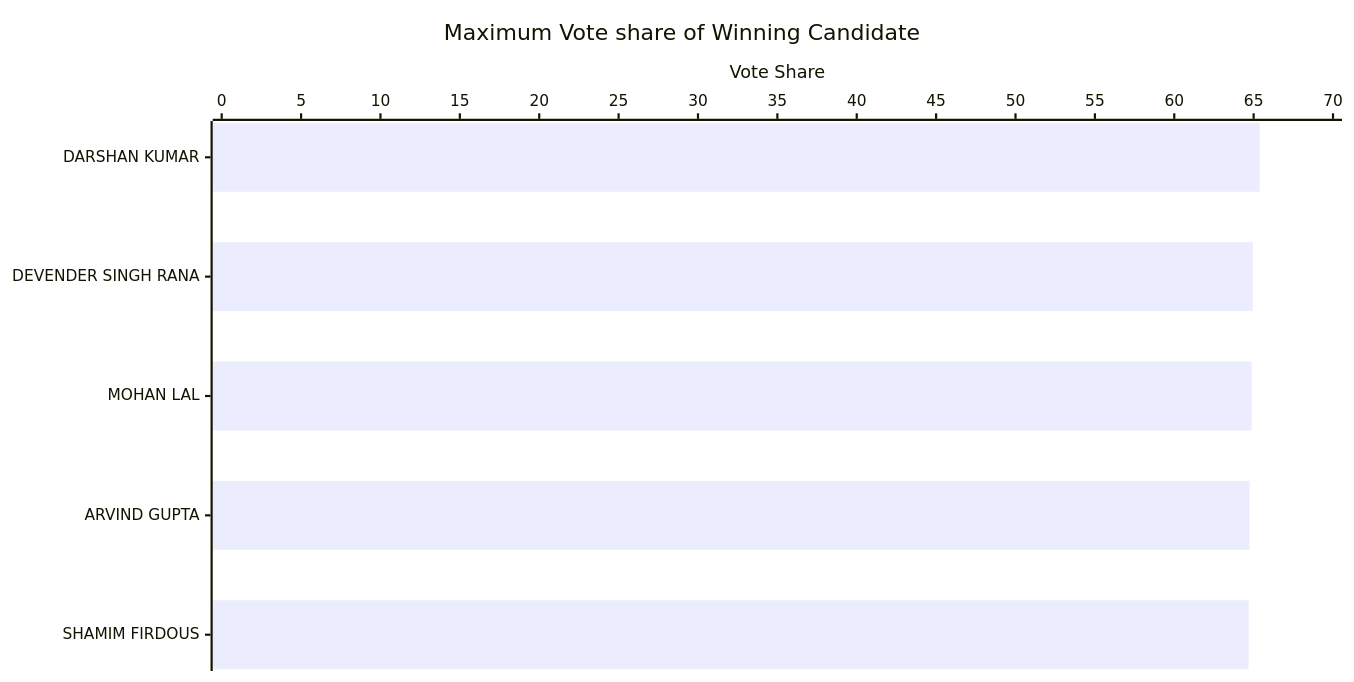
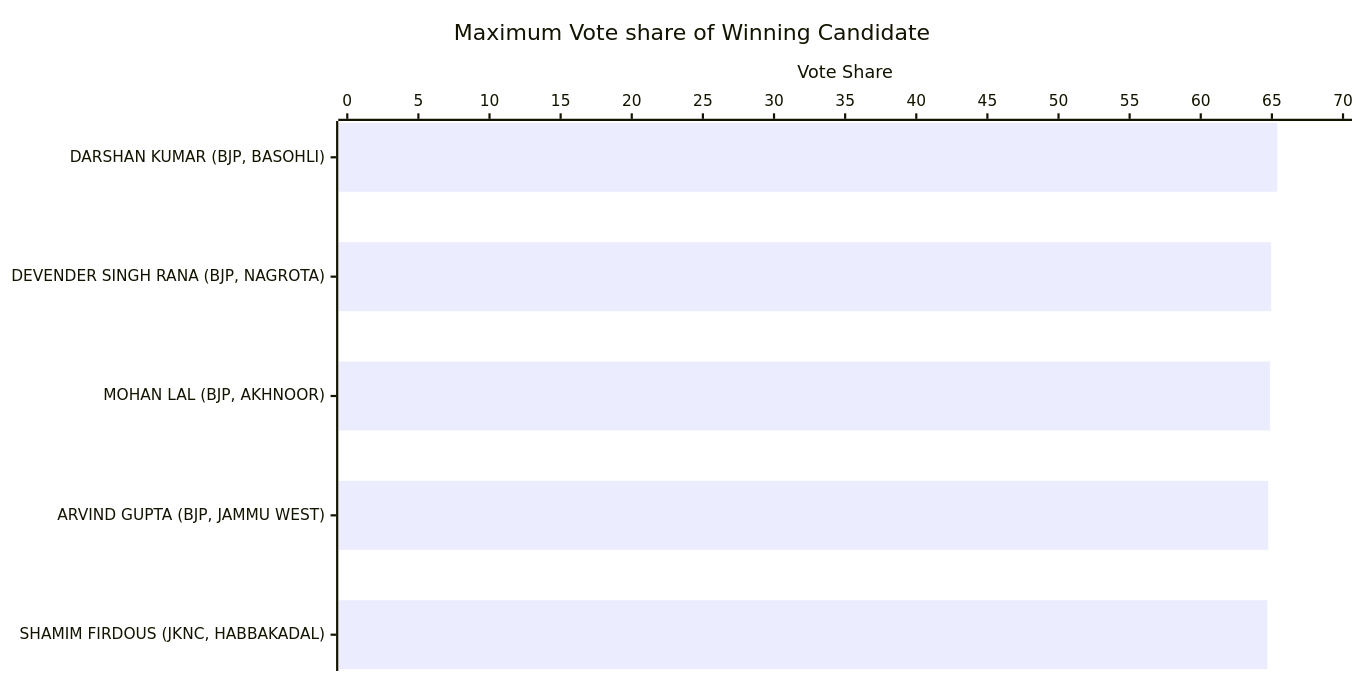
One commit to arjunswaj/elections changed diagram 12 of 19 in J&K-GRAPH.md. Above: the diagram before and after it, drawn with Mermaid. The commit also changed other lines of this file, not shown here.

Commit message:
Update the graph titles

````diff
--- a/J&K-GRAPH.md
+++ b/J&K-GRAPH.md
@@ -242,14 +242,14 @@
 ```mermaid
 ---
 config:
     xyChart:
         width: 1200
         height: 600
         chartOrientation: horizontal
 ---
 xychart-beta
     title "Maximum Vote share of Winning Candidate"
-    x-axis ["DARSHAN KUMAR", "DEVENDER SINGH RANA", "MOHAN LAL", "ARVIND GUPTA", "SHAMIM FIRDOUS"]
+    x-axis ["DARSHAN KUMAR (BJP, BASOHLI)", "DEVENDER SINGH RANA (BJP, NAGROTA)", "MOHAN LAL (BJP, AKHNOOR)", "ARVIND GUPTA (BJP, JAMMU WEST)", "SHAMIM FIRDOUS (JKNC, HABBAKADAL)"]
     y-axis "Vote Share" 0 --> 70
     bar [65.3839, 64.9447, 64.8723, 64.7377, 64.6784]
 ```
````
